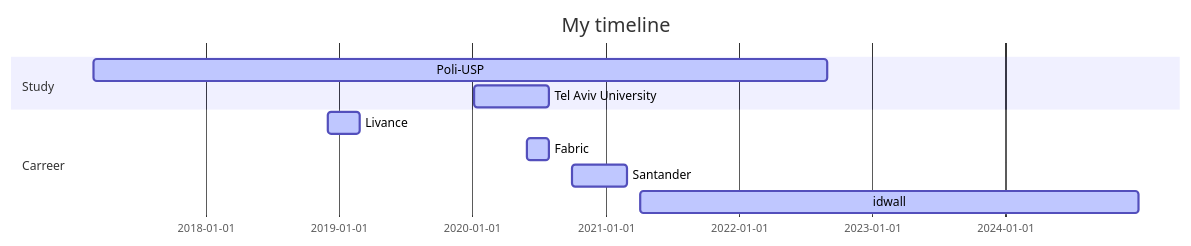
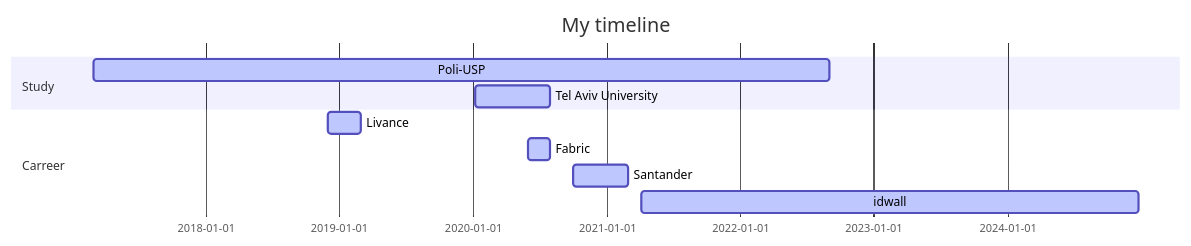
The diagram in README.md (guerchen/guerchen), drawn with Mermaid before and after one commit.

````diff
--- a/README.md
+++ b/README.md
@@ -6,16 +6,16 @@
 ```mermaid
 
 gantt
 dateFormat YYYY-MM-DD
 title My timeline
 
 section Study
 Poli-USP                 :active,, 2017-03-01,2022-09-01
 Tel Aviv University      :active,, 2020-01-08,2020-07-31
 
 section Carreer
 Livance                  :active,, 2018-12-01,2019-02-28
 Fabric                   :active,, 2020-06-01,2020-07-31
 Santander                :active,, 2020-10-01,2021-03-01
-idwall                   :active,, 2021-04-05,2024-12-30
+idwall                   :active,, 2021-04-05,2024-12-24
 ```
````
